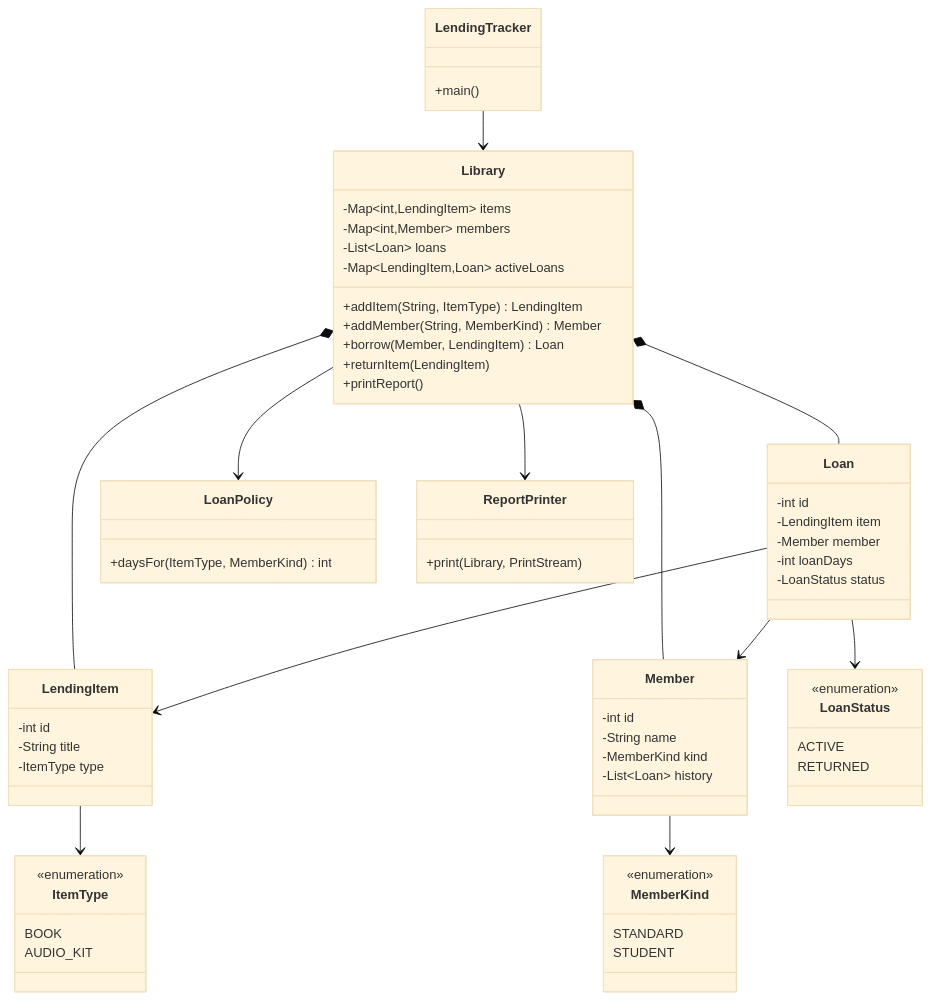
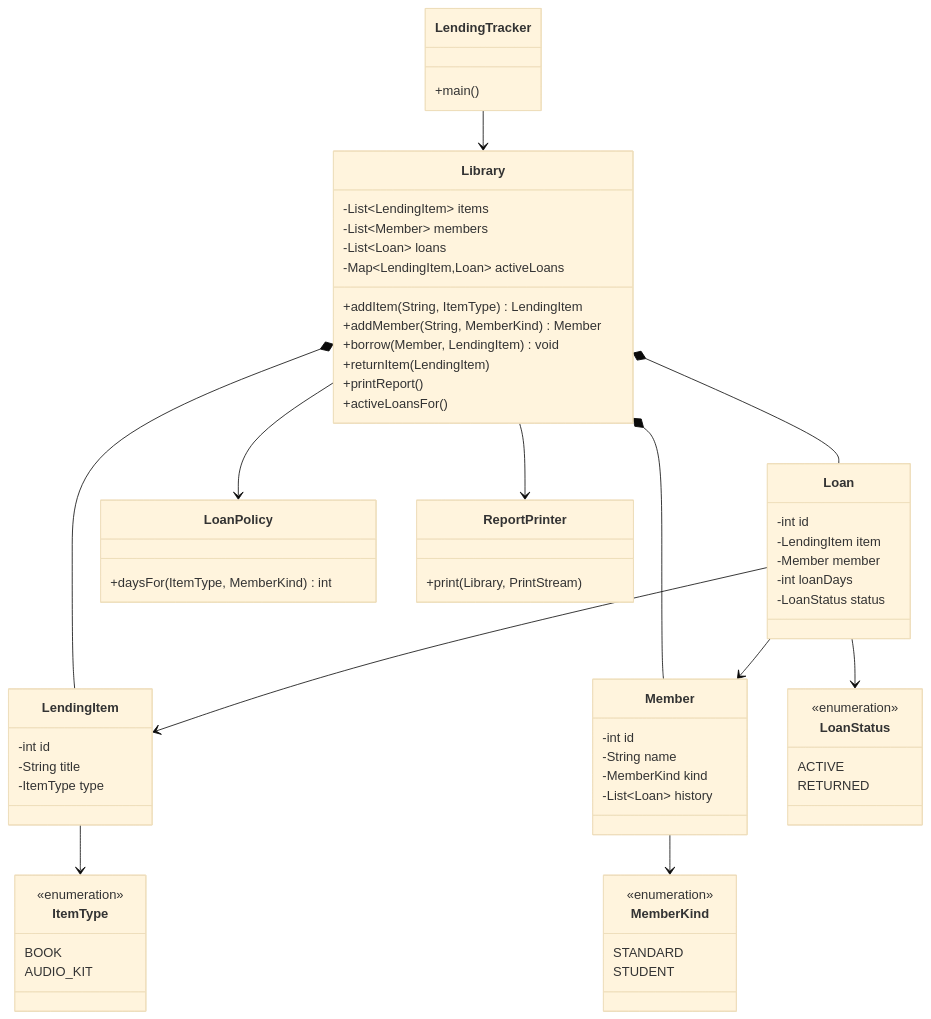
One commit to Eyiah-Phandoh/java-basics-c-the-reading-room changed the diagram in DIAGNOSIS.md. Above: the diagram before and after it, drawn with Mermaid (base theme). The commit also changed other lines of this file, not shown here.

````diff
--- a/DIAGNOSIS.md
+++ b/DIAGNOSIS.md
@@ -79,77 +98,78 @@
 ```mermaid
 classDiagram
     class LendingTracker {
         +main()
     }
 
     class Library {
-        -Map~int,LendingItem~ items
-        -Map~int,Member~ members
+        -List~LendingItem~ items
+        -List~Member~ members
         -List~Loan~ loans
         -Map~LendingItem,Loan~ activeLoans
         +addItem(String, ItemType) LendingItem
         +addMember(String, MemberKind) Member
-        +borrow(Member, LendingItem) Loan
+        +borrow(Member, LendingItem) void
         +returnItem(LendingItem)
         +printReport()
+        +activeLoansFor()
     }
 
     class LendingItem {
         -int id
         -String title
         -ItemType type
     }
 
     class Member {
         -int id
         -String name
         -MemberKind kind
         -List~Loan~ history
     }
 
     class Loan {
         -int id
         -LendingItem item
         -Member member
         -int loanDays
         -LoanStatus status
     }
 
     class ItemType {
         <<enumeration>>
         BOOK
         AUDIO_KIT
     }
 
     class MemberKind {
         <<enumeration>>
         STANDARD
         STUDENT
     }
 
     class LoanStatus {
         <<enumeration>>
         ACTIVE
         RETURNED
     }
 
     class LoanPolicy {
         +daysFor(ItemType, MemberKind) int
     }
 
     class ReportPrinter {
         +print(Library, PrintStream)
     }
 
     LendingTracker --> Library
     Library *-- LendingItem
     Library *-- Member
     Library *-- Loan
     Library --> LoanPolicy
     Library --> ReportPrinter
     Loan --> LendingItem
     Loan --> Member
     Loan --> LoanStatus
     LendingItem --> ItemType
     Member --> MemberKind
 ```
````
